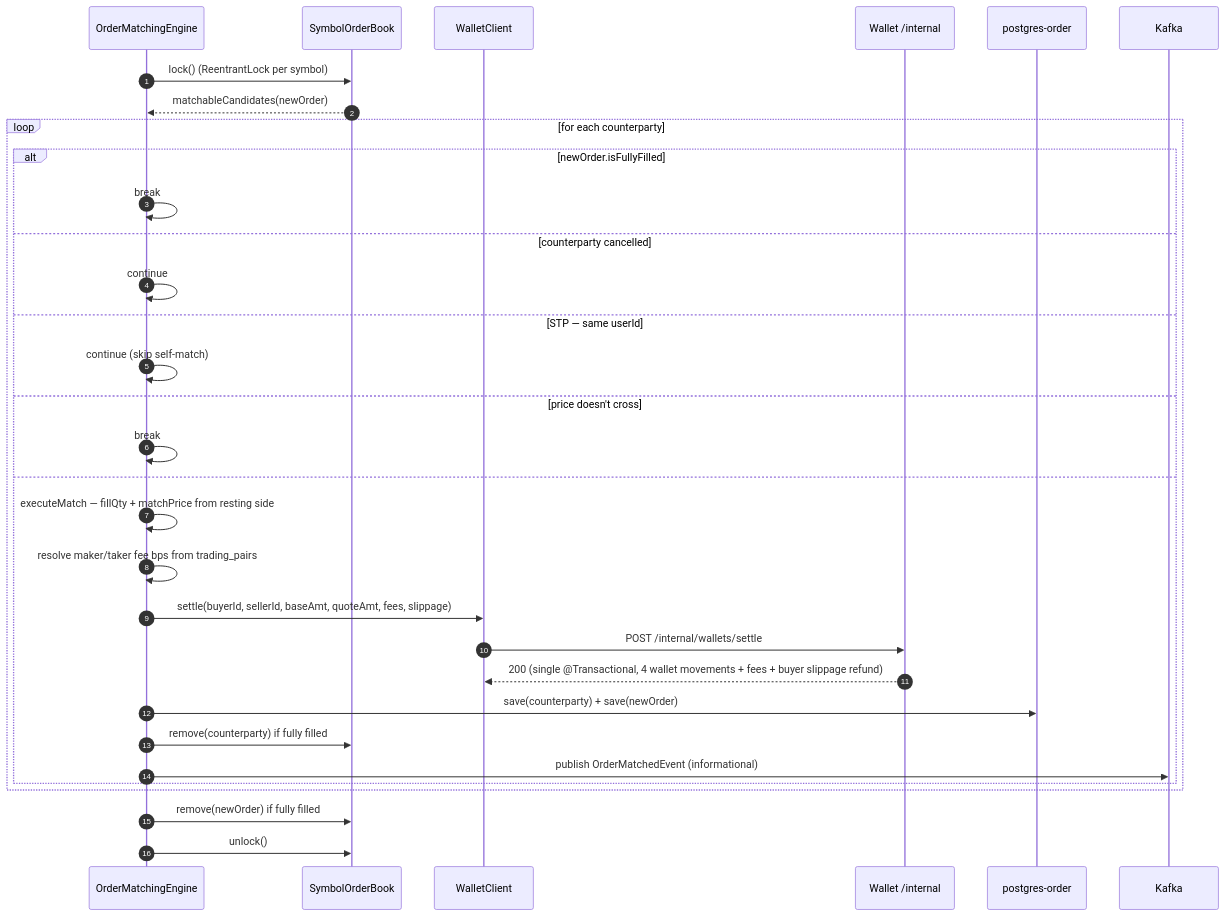
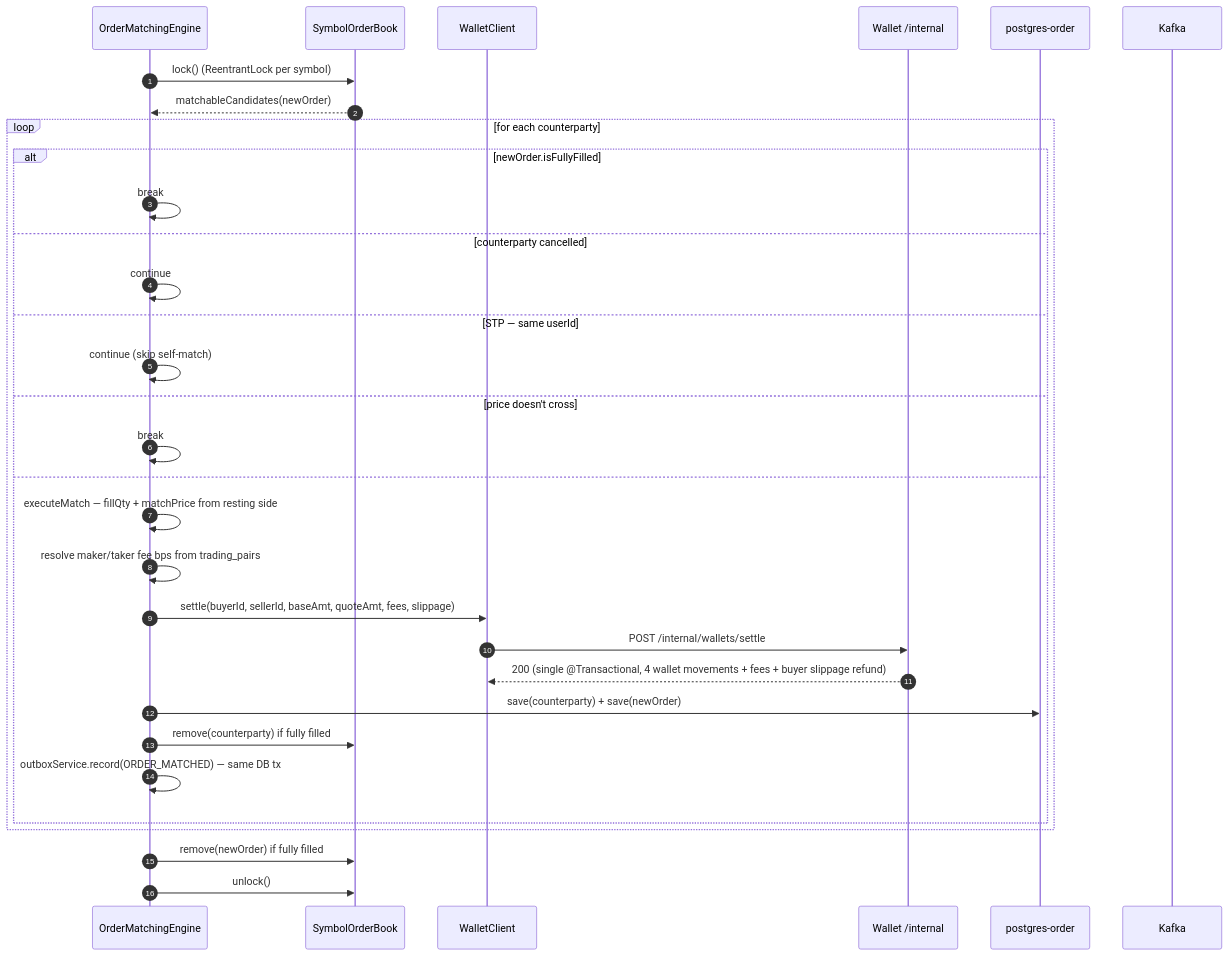
The second of 4 diagrams in docs/ARCHITECTURE.md (Serhii-Leniv/crypto-platform), drawn with Mermaid before and after one commit. The commit also changed other lines of this file and 14 other files, not shown here.

Commit message:
feat(order-matching): transactional outbox for Kafka events (ADR-0009)

````diff
--- a/docs/ARCHITECTURE.md
+++ b/docs/ARCHITECTURE.md
@@ -101,35 +101,35 @@
 ```mermaid
 sequenceDiagram
     autonumber
     participant ME as OrderMatchingEngine
     participant Book as SymbolOrderBook
     participant WC as WalletClient
     participant W as Wallet /internal
     participant DB as postgres-order
     participant K as Kafka
 
     ME->>Book: lock() (ReentrantLock per symbol)
     Book-->>ME: matchableCandidates(newOrder)
     loop for each counterparty
         alt newOrder.isFullyFilled
             ME->>ME: break
         else counterparty cancelled
             ME->>ME: continue
         else STP — same userId
             ME->>ME: continue (skip self-match)
         else price doesn't cross
             ME->>ME: break
         else
             ME->>ME: executeMatch — fillQty + matchPrice from resting side
             ME->>ME: resolve maker/taker fee bps from trading_pairs
             ME->>WC: settle(buyerId, sellerId, baseAmt, quoteAmt, fees, slippage)
             WC->>W: POST /internal/wallets/settle
             W-->>WC: 200 (single @Transactional, 4 wallet movements + fees + buyer slippage refund)
             ME->>DB: save(counterparty) + save(newOrder)
             ME->>Book: remove(counterparty) if fully filled
-            ME->>K: publish OrderMatchedEvent (informational)
+            ME->>ME: outboxService.record(ORDER_MATCHED) — same DB tx
         end
     end
     ME->>Book: remove(newOrder) if fully filled
     ME->>Book: unlock()
 ```
````
